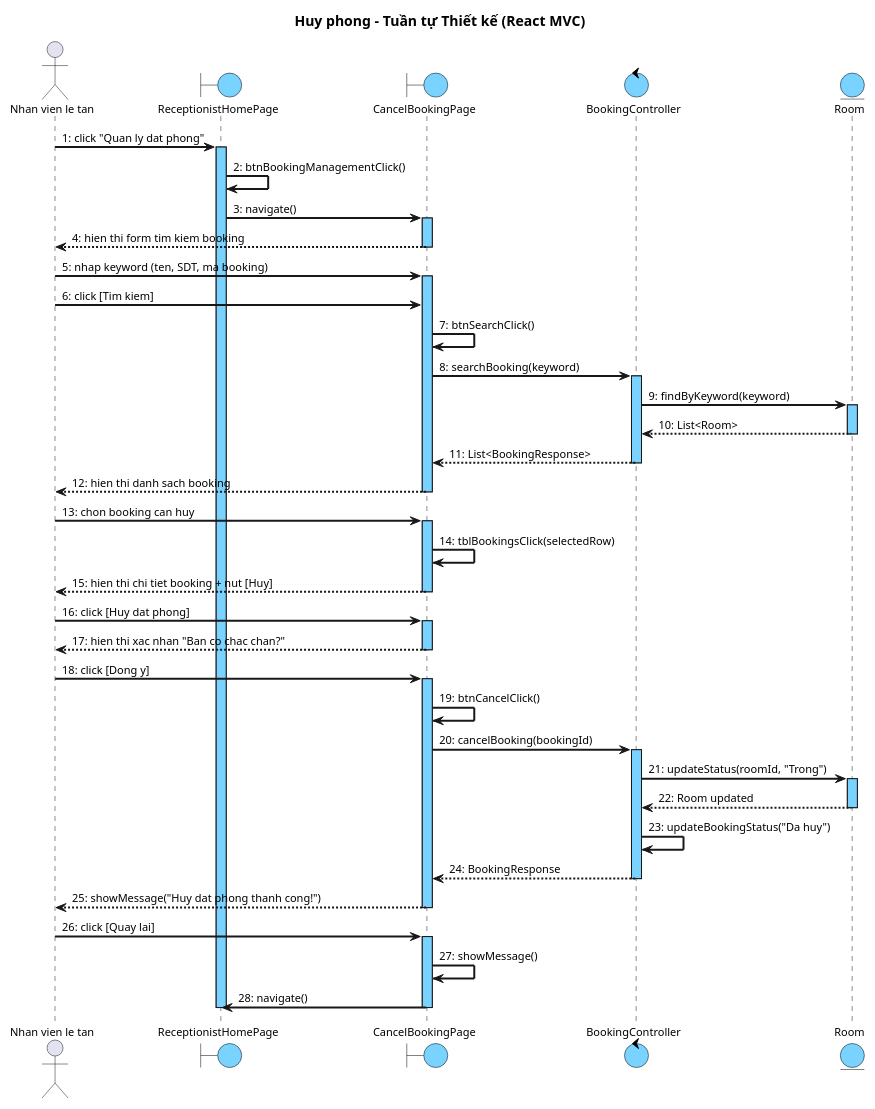
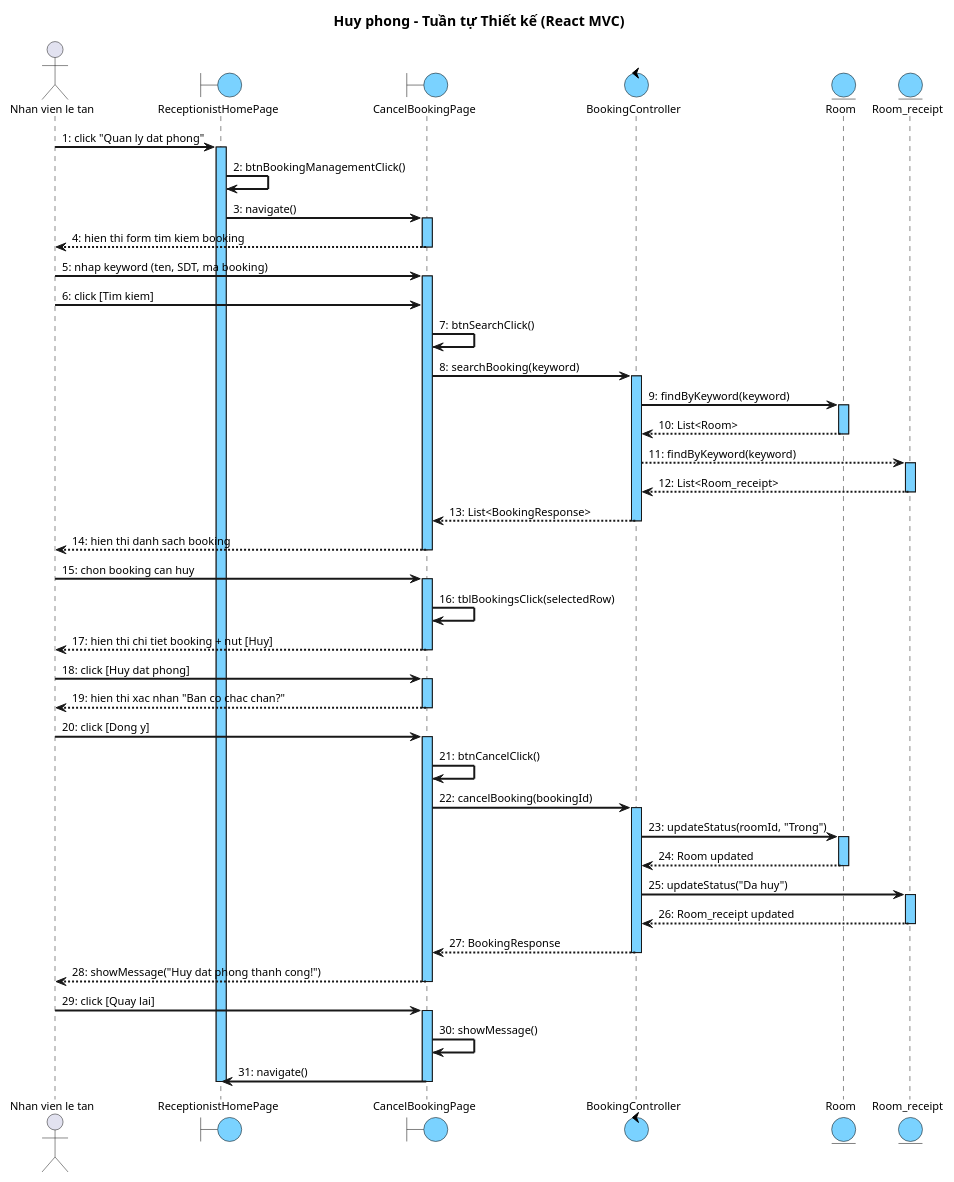
The fourth of 4 diagrams in docs/tabs/section-booking-iii.4.md (thanhtrnnn/cnpm), drawn with PlantUML before and after one commit. The commit also changed other lines of this file and 4 other files, not shown here.

First line of the commit message:
fix: rewrite design sequence diagrams — exact step match, fix heading hierarchy, remove duplicate content

```diff
--- a/docs/tabs/section-booking-iii.4.md
+++ b/docs/tabs/section-booking-iii.4.md
@@ -495,6 +486,7 @@
 boundary "CancelBookingPage" as CBP
 control "BookingController" as Ctrl
 entity "Room" as Room
+entity "Room_receipt" as RR
 
 NV -> Home : 1: click "Quan ly dat phong"
 activate Home
@@ -514,41 +506,48 @@
 activate Room
 Room --> Ctrl : 10: List<Room>
 deactivate Room
-Ctrl --> CBP : 11: List<BookingResponse>
+Ctrl --> RR : 11: findByKeyword(keyword)
+activate RR
+RR --> Ctrl : 12: List<Room_receipt>
+deactivate RR
+Ctrl --> CBP : 13: List<BookingResponse>
 deactivate Ctrl
-CBP --> NV : 12: hien thi danh sach booking
+CBP --> NV : 14: hien thi danh sach booking
 deactivate CBP
 
-NV -> CBP : 13: chon booking can huy
+NV -> CBP : 15: chon booking can huy
 activate CBP
-CBP -> CBP : 14: tblBookingsClick(selectedRow)
-CBP --> NV : 15: hien thi chi tiet booking + nut [Huy]
+CBP -> CBP : 16: tblBookingsClick(selectedRow)
+CBP --> NV : 17: hien thi chi tiet booking + nut [Huy]
 deactivate CBP
 
-NV -> CBP : 16: click [Huy dat phong]
+NV -> CBP : 18: click [Huy dat phong]
 activate CBP
-CBP --> NV : 17: hien thi xac nhan "Ban co chac chan?"
+CBP --> NV : 19: hien thi xac nhan "Ban co chac chan?"
 deactivate CBP
 
-NV -> CBP : 18: click [Dong y]
+NV -> CBP : 20: click [Dong y]
 activate CBP
-CBP -> CBP : 19: btnCancelClick()
-CBP -> Ctrl : 20: cancelBooking(bookingId)
+CBP -> CBP : 21: btnCancelClick()
+CBP -> Ctrl : 22: cancelBooking(bookingId)
 activate Ctrl
-Ctrl -> Room : 21: updateStatus(roomId, "Trong")
+Ctrl -> Room : 23: updateStatus(roomId, "Trong")
 activate Room
-Room --> Ctrl : 22: Room updated
+Room --> Ctrl : 24: Room updated
 deactivate Room
-Ctrl -> Ctrl : 23: updateBookingStatus("Da huy")
-Ctrl --> CBP : 24: BookingResponse
+Ctrl -> RR : 25: updateStatus("Da huy")
+activate RR
+RR --> Ctrl : 26: Room_receipt updated
+deactivate RR
+Ctrl --> CBP : 27: BookingResponse
 deactivate Ctrl
-CBP --> NV : 25: showMessage("Huy dat phong thanh cong!")
+CBP --> NV : 28: showMessage("Huy dat phong thanh cong!")
 deactivate CBP
 
-NV -> CBP : 26: click [Quay lai]
+NV -> CBP : 29: click [Quay lai]
 activate CBP
-CBP -> CBP : 27: showMessage()
-CBP -> Home : 28: navigate()
+CBP -> CBP : 30: showMessage()
+CBP -> Home : 31: navigate()
 deactivate CBP
 deactivate Home
 @enduml
```
